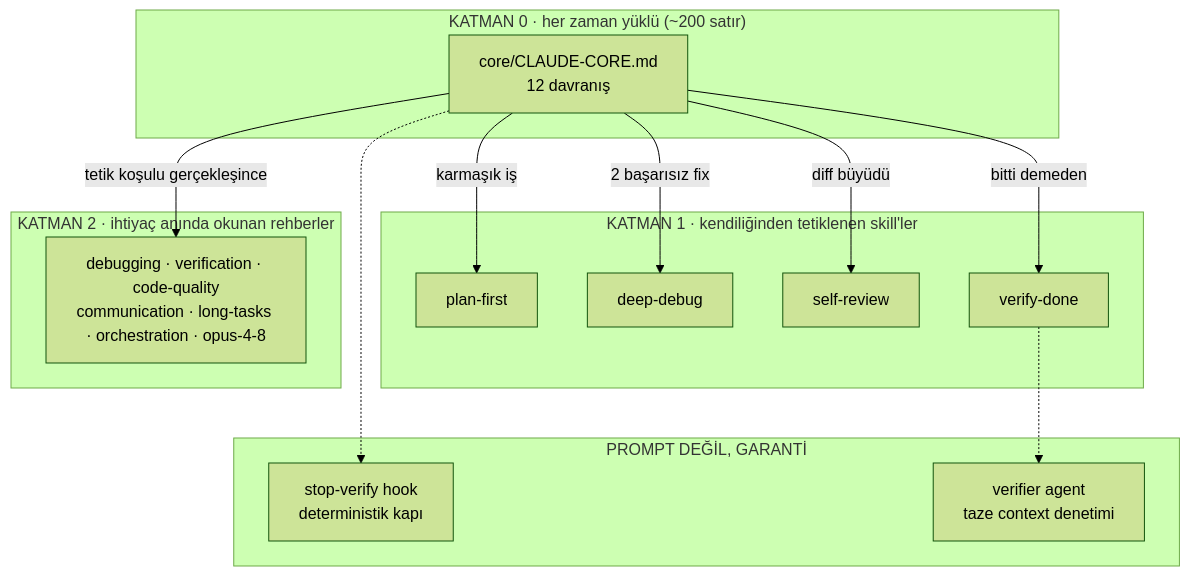
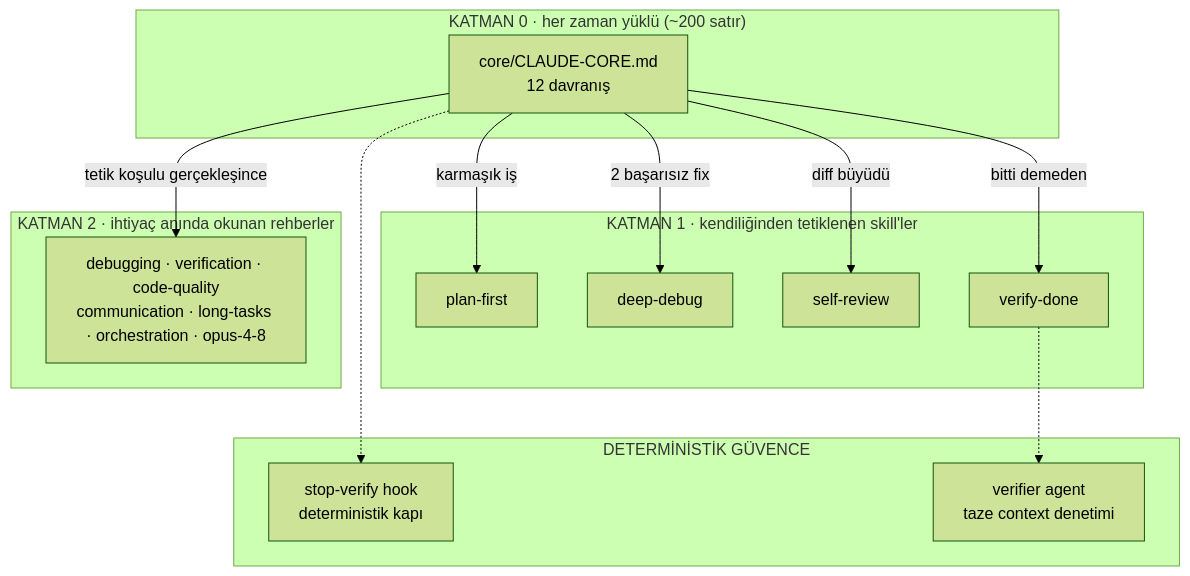
The first of 2 diagrams in README.md (goatstarter/goat-fable), drawn with Mermaid (forest theme) before and after one commit. The commit also changed other lines of this file and 1 other file, not shown here.

````diff
--- a/README.md
+++ b/README.md
@@ -65,26 +65,26 @@
 ```mermaid
 flowchart TB
     subgraph L0["KATMAN 0 · her zaman yüklü (~200 satır)"]
         CORE["core/CLAUDE-CORE.md<br/>12 davranış"]
     end
     subgraph L1["KATMAN 1 · kendiliğinden tetiklenen skill'ler"]
         PF["plan-first"]
         DD["deep-debug"]
         SR["self-review"]
         VD["verify-done"]
     end
     subgraph L2["KATMAN 2 · ihtiyaç anında okunan rehberler"]
         GUIDES["debugging · verification · code-quality<br/>communication · long-tasks · orchestration · opus-4-8"]
     end
-    subgraph ENF["PROMPT DEĞİL, GARANTİ"]
+    subgraph ENF["DETERMİNİSTİK GÜVENCE"]
         HOOK["stop-verify hook<br/>deterministik kapı"]
         VER["verifier agent<br/>taze context denetimi"]
     end
     CORE -- "karmaşık iş" --> PF
     CORE -- "2 başarısız fix" --> DD
     CORE -- "diff büyüdü" --> SR
     CORE -- "bitti demeden" --> VD
     CORE -- "tetik koşulu gerçekleşince" --> GUIDES
     VD -.-> VER
     CORE -.-> HOOK
 ```
````
